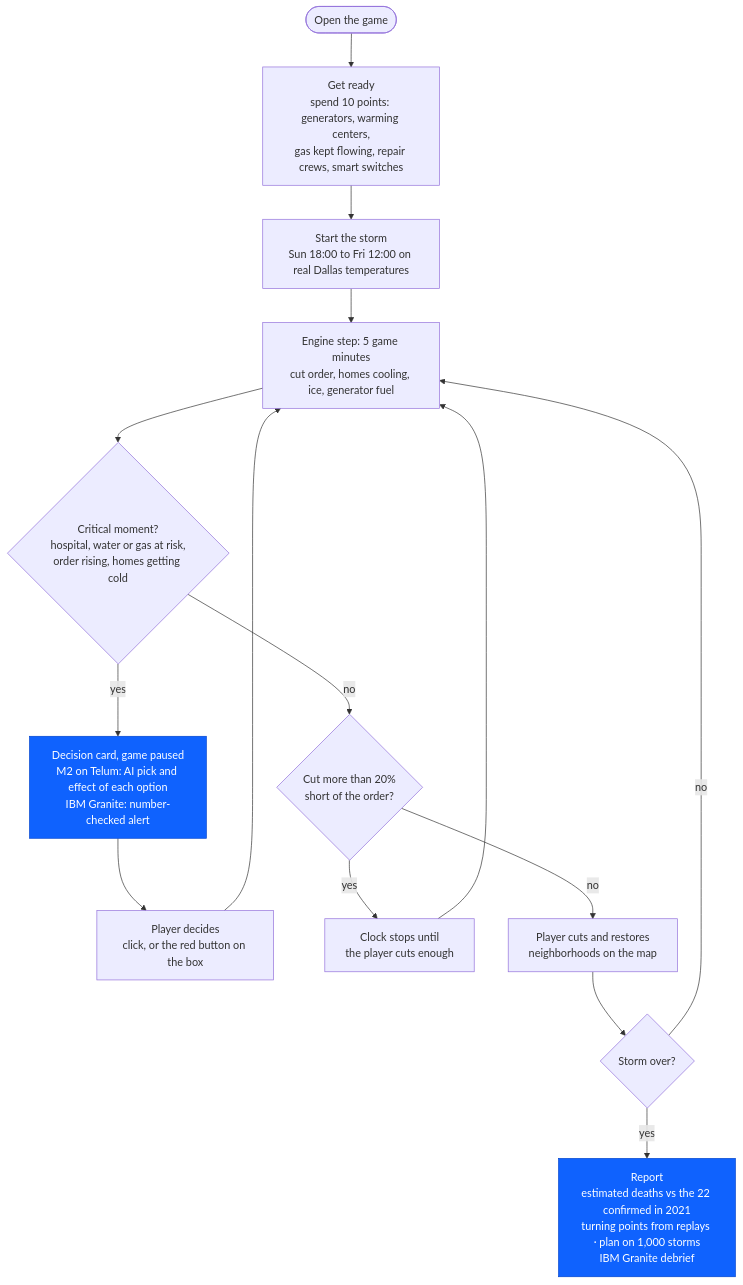
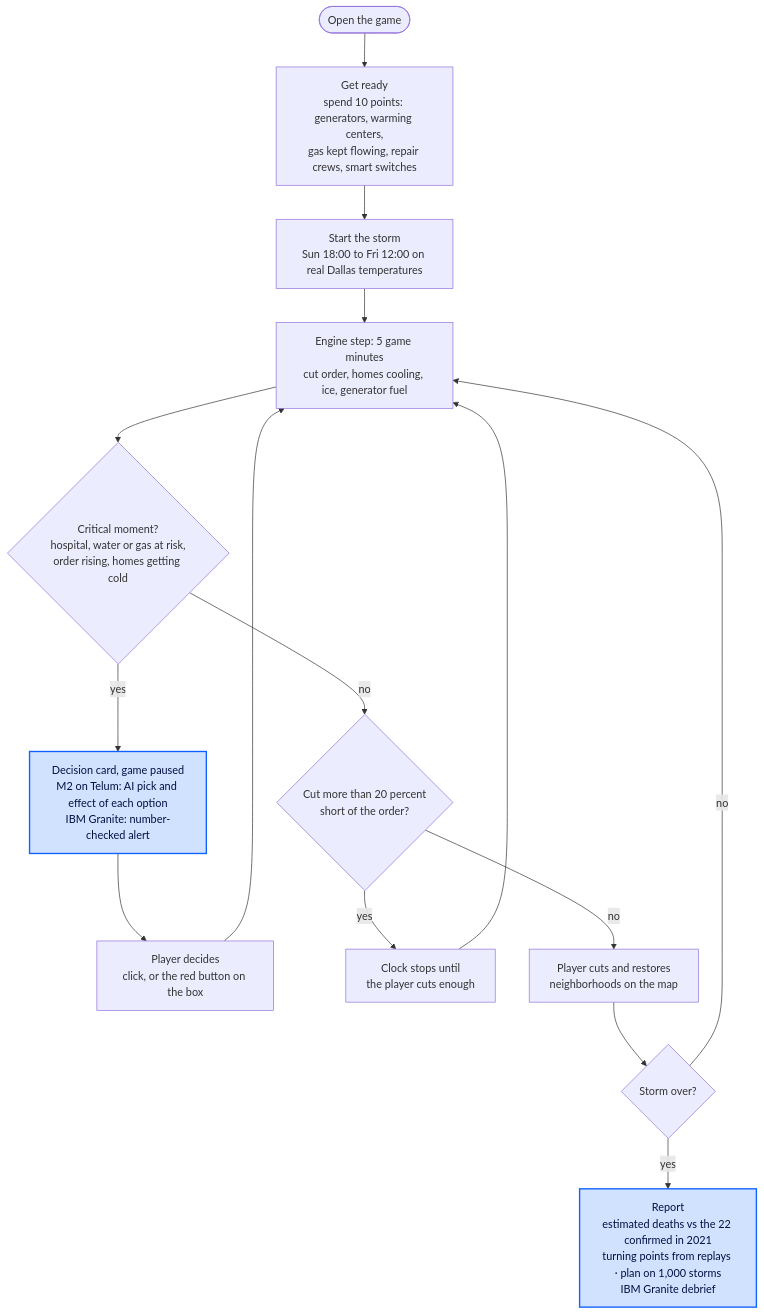
The diagram in docs/diagrams/solution-flow.mmd (adamFabsa/Control-Room-IBM-Z), drawn with Mermaid before and after one commit. The commit also changed 6 other files, not shown here.

First line of the commit message:
Diagrams: readable highlights in both Mermaid looks, the clean look by default

```diff
--- a/docs/diagrams/solution-flow.mmd
+++ b/docs/diagrams/solution-flow.mmd
@@ -1,18 +1,23 @@
+---
+config:
+  look: classic
+  theme: default
+---
 flowchart TD
   A(["Open the game"]) --> B["Get ready<br/>spend 10 points: generators, warming centers,<br/>gas kept flowing, repair crews, smart switches"]
   B --> C["Start the storm<br/>Sun 18:00 to Fri 12:00 on real Dallas temperatures"]
   C --> D["Engine step: 5 game minutes<br/>cut order, homes cooling, ice, generator fuel"]
   D --> E{"Critical moment?<br/>hospital, water or gas at risk,<br/>order rising, homes getting cold"}
   E -->|yes| F["Decision card, game paused<br/>M2 on Telum: AI pick and effect of each option<br/>IBM Granite: number-checked alert"]
   F --> G["Player decides<br/>click, or the red button on the box"]
   G --> D
-  E -->|no| H{"Cut more than 20%<br/>short of the order?"}
+  E -->|no| H{"Cut more than 20 percent<br/>short of the order?"}
   H -->|yes| I["Clock stops until<br/>the player cuts enough"]
   I --> D
   H -->|no| J["Player cuts and restores<br/>neighborhoods on the map"]
   J --> K{"Storm over?"}
   K -->|no| D
   K -->|yes| L["Report<br/>estimated deaths vs the 22 confirmed in 2021<br/>turning points from replays · plan on 1,000 storms<br/>IBM Granite debrief"]
 
-  classDef ai fill:#0f62fe,stroke:#0043ce,color:#ffffff
+  classDef ai fill:#d0e2ff,stroke:#0f62fe,stroke-width:2px,color:#001141
   class F,L ai
```
